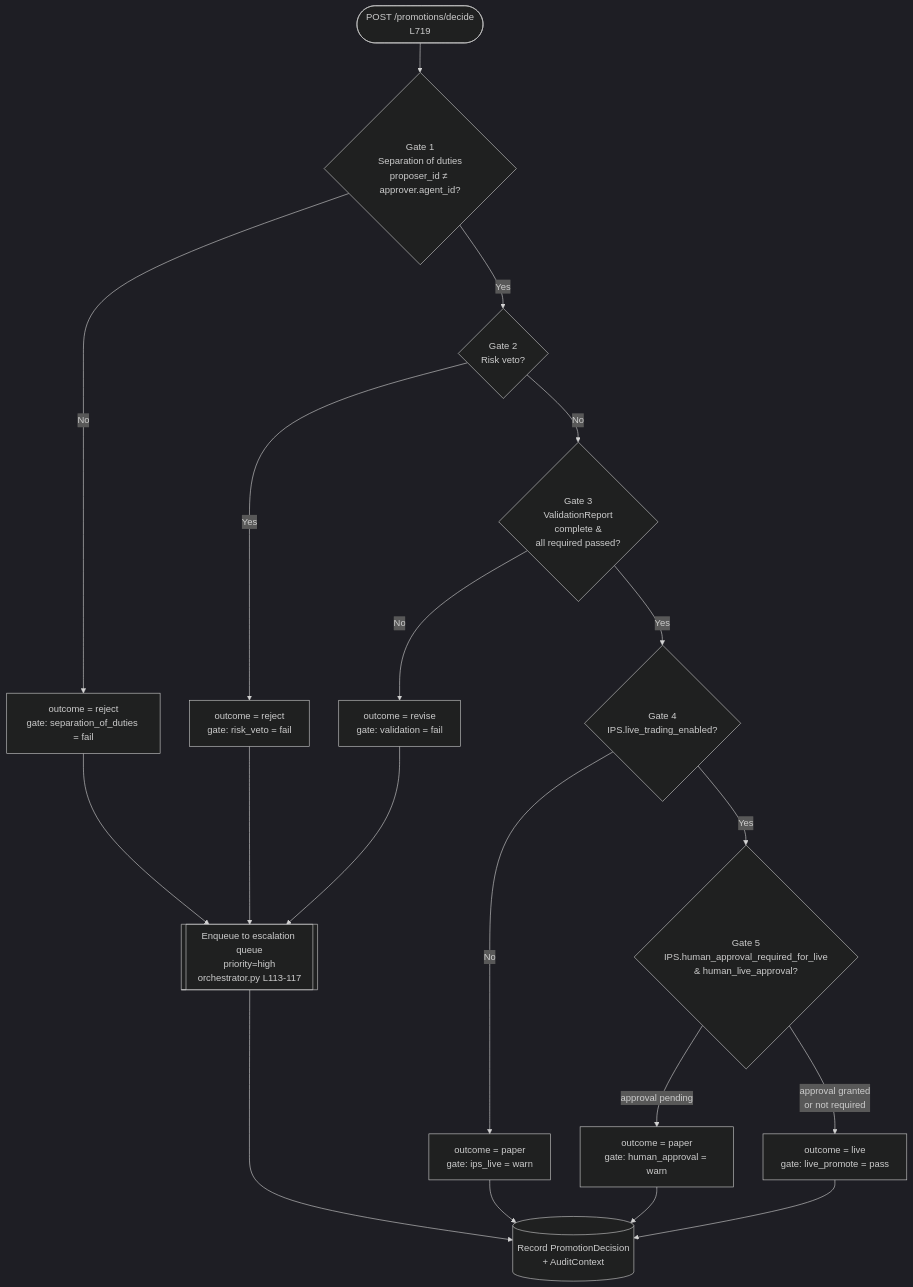
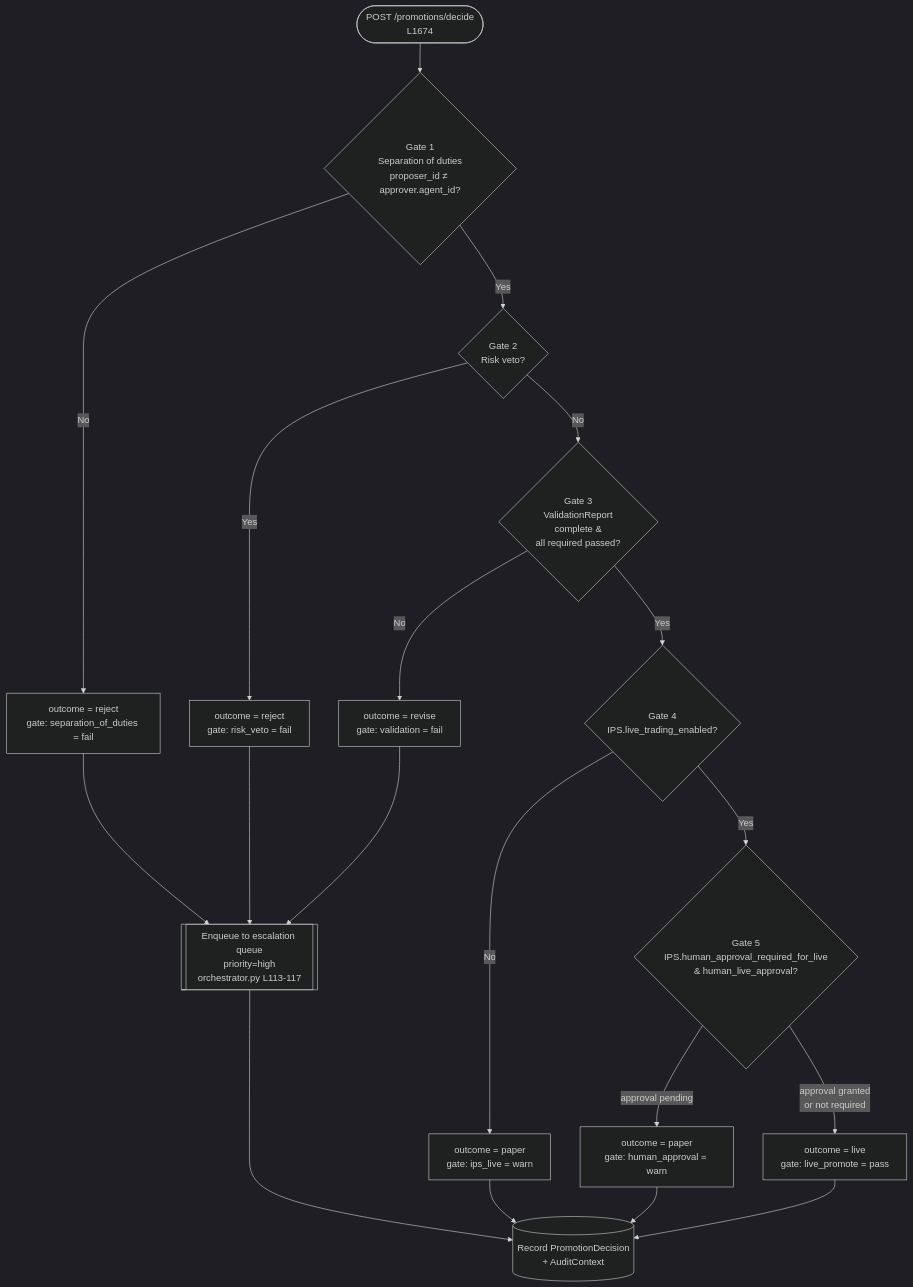
The third of 4 diagrams in backend/agents/investment_team/system_design/flow_charts.md (brandonkindred/Khala-Agentic-AI-Teams), drawn with Mermaid (dark theme) before and after one commit. The commit also changed other lines of this file and 7 other files, not shown here.

````diff
--- a/backend/agents/investment_team/system_design/flow_charts.md
+++ b/backend/agents/investment_team/system_design/flow_charts.md
@@ -195,22 +197,22 @@
 ```mermaid
 flowchart TD
-    START([POST /promotions/decide<br/>L719]) --> G1{Gate 1<br/>Separation of duties<br/>proposer_id ≠ approver.agent_id?}
+    START([POST /promotions/decide<br/>L1674]) --> G1{Gate 1<br/>Separation of duties<br/>proposer_id ≠ approver.agent_id?}
     G1 -- No --> REJ1[outcome = reject<br/>gate: separation_of_duties = fail]
     G1 -- Yes --> G2{Gate 2<br/>Risk veto?}
     G2 -- Yes --> REJ2[outcome = reject<br/>gate: risk_veto = fail]
     G2 -- No --> G3{Gate 3<br/>ValidationReport<br/>complete &<br/>all required passed?}
     G3 -- No --> REV[outcome = revise<br/>gate: validation = fail]
     G3 -- Yes --> G4{Gate 4<br/>IPS.live_trading_enabled?}
     G4 -- No --> PAP1[outcome = paper<br/>gate: ips_live = warn]
     G4 -- Yes --> G5{Gate 5<br/>IPS.human_approval_required_for_live<br/>&amp; human_live_approval?}
     G5 -- approval pending --> PAP2[outcome = paper<br/>gate: human_approval = warn]
     G5 -- approval granted<br/>or not required --> LIVE[outcome = live<br/>gate: live_promote = pass]
 
     REJ1 --> ESC[[Enqueue to escalation queue<br/>priority=high<br/>orchestrator.py L113-117]]
     REJ2 --> ESC
     REV --> ESC
     PAP1 --> AUD[(Record PromotionDecision<br/>+ AuditContext)]
     PAP2 --> AUD
     LIVE --> AUD
     ESC --> AUD
 ```
````
